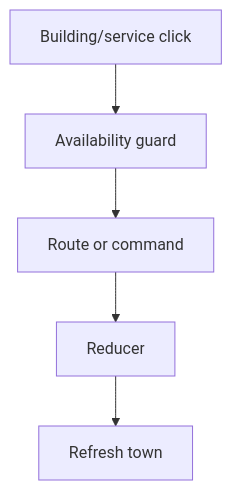
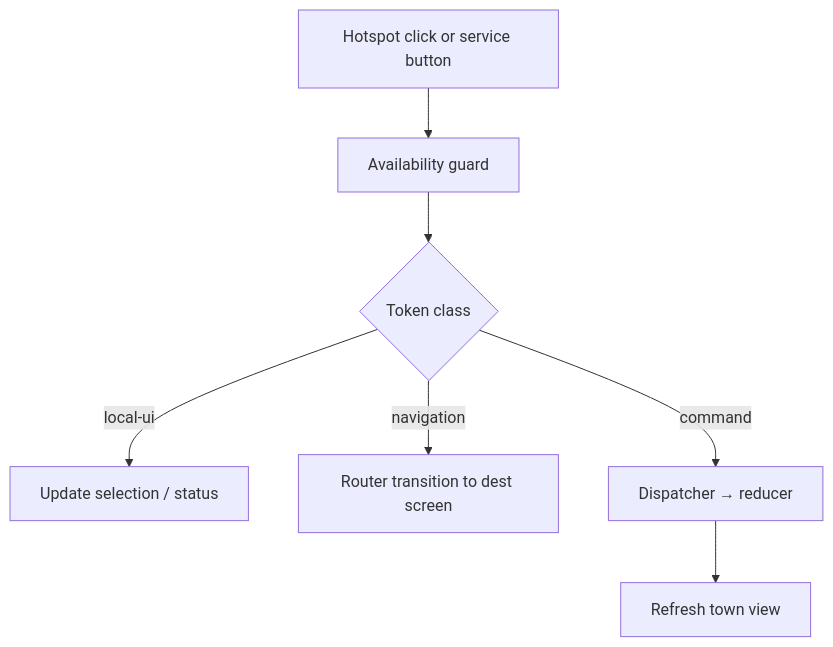
Before and after one commit to SunaNoOshiro/Heroes_Reforged_AI_Realms: the third of 5 diagrams in docs/architecture/wiki/screens/24-town-screen/architecture.md, drawn with Mermaid. The commit also changed other lines of this file and 518 other files, not shown here.

First line of the commit message:
Add doc-audit skill and sweep architecture/screen docs

````diff
--- a/docs/architecture/wiki/screens/24-town-screen/architecture.md
+++ b/docs/architecture/wiki/screens/24-town-screen/architecture.md
@@ -48,8 +44,10 @@
 ```mermaid
 flowchart TD
-  I0["Building/service click"] --> I1
+  I0["Hotspot click or service button"] --> I1
   I1["Availability guard"] --> I2
-  I2["Route or command"] --> I3
-  I3["Reducer"] --> I4
-  I4["Refresh town"]
+  I2{"Token class"}
+  I2 -->|local-ui| LU["Update selection / status"]
+  I2 -->|navigation| NV["Router transition to dest screen"]
+  I2 -->|command| RD["Dispatcher → reducer"]
+  RD --> I4["Refresh town view"]
 ```
````
